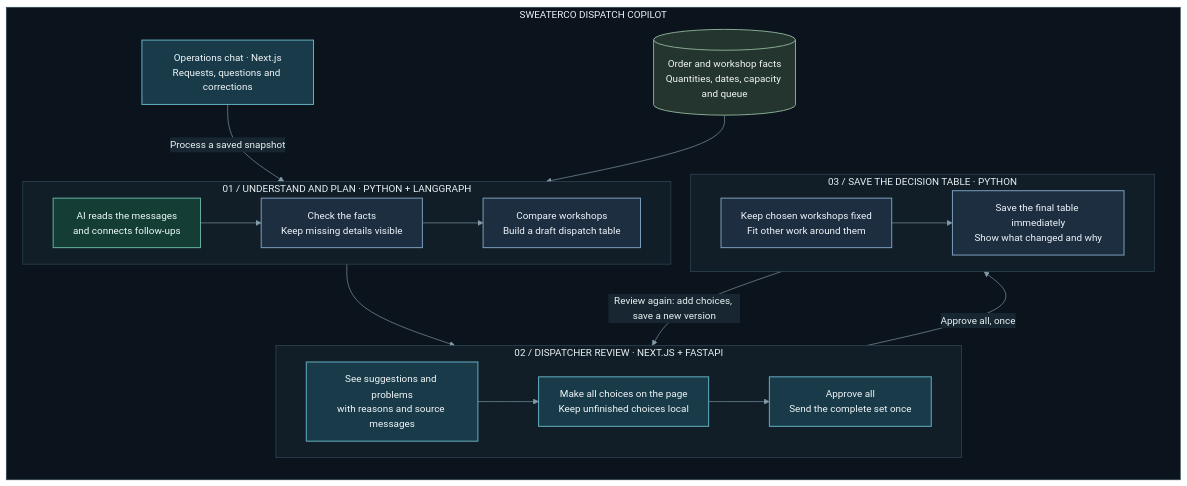
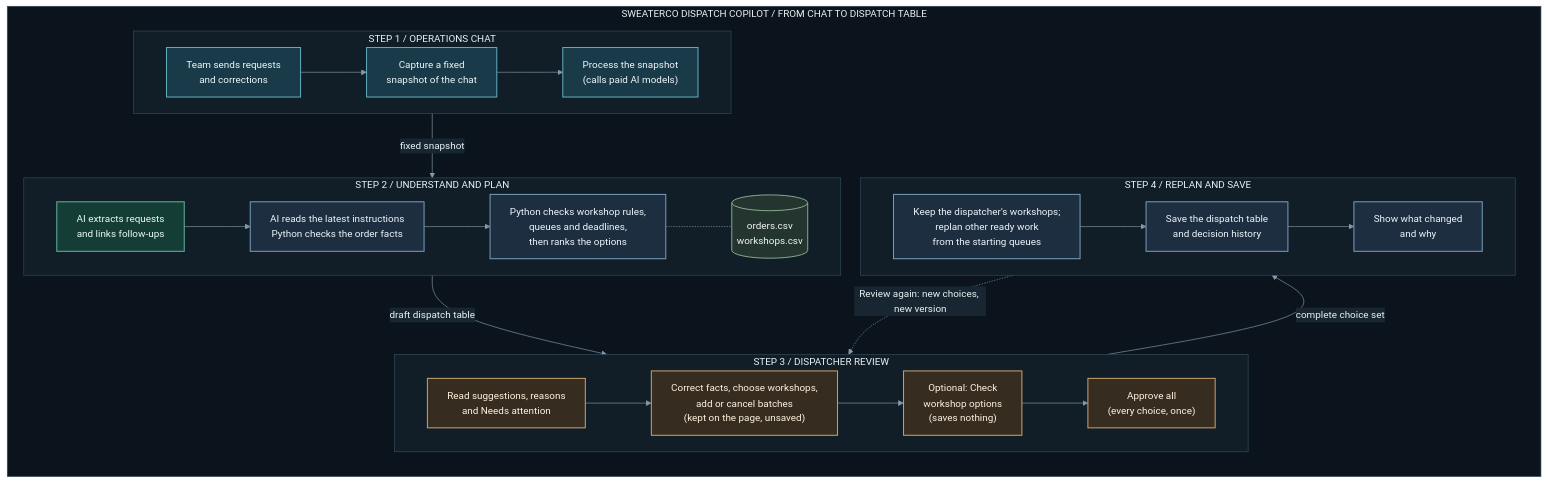
One commit to adityaviolin824/AI-Assisted-Factory-Dispatcher changed the first of 2 diagrams in README.md. Above: the diagram before and after it, drawn with Mermaid. The commit also changed other lines of this file and 2 other files, not shown here.

Commit message:
Architecture diagram updated

````diff
--- a/README.md
+++ b/README.md
@@ -56,64 +56,74 @@
 ```mermaid
 ---
 config:
   theme: base
   look: classic
   markdownAutoWrap: false
   themeVariables:
     fontFamily: system-ui, sans-serif
     fontSize: 15px
     primaryTextColor: "#EAF2F5"
     textColor: "#EAF2F5"
     lineColor: "#839BA8"
     clusterBkg: "#111D27"
     clusterBorder: "#334B5A"
     titleColor: "#EAF2F5"
     edgeLabelBackground: "#172631"
   flowchart:
     curve: basis
+    wrappingWidth: 320
     nodeSpacing: 30
-    rankSpacing: 42
+    rankSpacing: 50
 ---
 flowchart TB
-    subgraph PRODUCT["SWEATERCO DISPATCH COPILOT"]
+    subgraph PRODUCT["SWEATERCO DISPATCH COPILOT / FROM CHAT TO DISPATCH TABLE"]
         direction TB
 
-        TEAM["Operations chat · Next.js<br/>Requests, questions and corrections"]:::screen
-        FACTS[("Order and workshop facts<br/>Quantities, dates, capacity and queue")]:::data
-
-        subgraph PROCESSING["01 / UNDERSTAND AND PLAN · PYTHON + LANGGRAPH"]
+        subgraph S1["STEP 1 / OPERATIONS CHAT"]
             direction LR
-            READ["AI reads the messages<br/>and connects follow-ups"]:::ai
-            CHECK["Check the facts<br/>Keep missing details visible"]:::logic
-            PLAN["Compare workshops<br/>Build a draft dispatch table"]:::logic
-            READ --> CHECK --> PLAN
+            SEND["Team sends requests<br/>and corrections"]:::screen
+            SNAP["Capture a fixed<br/>snapshot of the chat"]:::screen
+            PROCESS["Process the snapshot<br/>(calls paid AI models)"]:::screen
+            SEND --> SNAP --> PROCESS
         end
 
-        subgraph DISPATCHER["02 / DISPATCHER REVIEW · NEXT.JS + FASTAPI"]
+        subgraph S2["STEP 2 / UNDERSTAND AND PLAN"]
             direction LR
-            VIEW["See suggestions and problems<br/>with reasons and source messages"]:::screen
-            CHOOSE["Make all choices on the page<br/>Keep unfinished choices local"]:::screen
-            APPROVE["Approve all<br/>Send the complete set once"]:::screen
-            VIEW --> CHOOSE --> APPROVE
+            EXTRACT["AI extracts requests<br/>and links follow-ups"]:::ai
+            VERIFY["AI reads the latest instructions<br/>Python checks the order facts"]:::logic
+            PLAN["Python checks workshop rules,<br/>queues and deadlines,<br/>then ranks the options"]:::logic
+            FACTS[("orders.csv<br/>workshops.csv")]:::data
+            EXTRACT --> VERIFY --> PLAN
+            PLAN -.- FACTS
         end
 
-        subgraph RESULT["03 / SAVE THE DECISION TABLE · PYTHON"]
+        subgraph S3["STEP 3 / DISPATCHER REVIEW"]
             direction LR
-            APPLY["Keep chosen workshops fixed<br/>Fit other work around them"]:::logic
-            SAVE["Save the final table immediately<br/>Show what changed and why"]:::logic
-            APPLY --> SAVE
+            READ["Read suggestions, reasons<br/>and Needs attention"]:::human
+            CHOOSE["Correct facts, choose workshops,<br/>add or cancel batches<br/>(kept on the page, unsaved)"]:::human
+            CHECK["Optional: Check<br/>workshop options<br/>(saves nothing)"]:::human
+            APPROVE["Approve all<br/>(every choice, once)"]:::human
+            READ --> CHOOSE --> CHECK --> APPROVE
         end
 
-        TEAM -- "Process a saved snapshot" --> PROCESSING
-        FACTS --> PROCESSING
-        PROCESSING --> DISPATCHER
-        DISPATCHER -- "Approve all, once" --> RESULT
-        RESULT -- "Review again: add choices, save a new version" --> DISPATCHER
+        subgraph S4["STEP 4 / REPLAN AND SAVE"]
+            direction LR
+            REPLAN["Keep the dispatcher's workshops;<br/>replan other ready work<br/>from the starting queues"]:::logic
+            SAVE["Save the dispatch table<br/>and decision history"]:::logic
+            CHANGES["Show what changed<br/>and why"]:::logic
+            REPLAN --> SAVE --> CHANGES
+        end
+
+        S1 -- "fixed snapshot" --> S2
+        S2 -- "draft dispatch table" --> S3
+        S3 -- "complete choice set" --> S4
+        S4 -. "Review again: new choices, new version" .-> S3
     end
 
     classDef screen fill:#183A49,stroke:#63AFC0,color:#F1F7F9,stroke-width:1.5px
     classDef ai fill:#143D36,stroke:#64B39F,color:#EDFAF5,stroke-width:1.5px
     classDef logic fill:#1C2E40,stroke:#7B9FBC,color:#EFF5FA,stroke-width:1.5px
+    classDef human fill:#362C20,stroke:#CBA56D,color:#FFF3E0,stroke-width:1.5px
     classDef data fill:#24342F,stroke:#87AA91,color:#F0F7F1,stroke-width:1.5px
     style PRODUCT fill:#0B141D,stroke:#334B5A,stroke-width:1px
 ```
````
